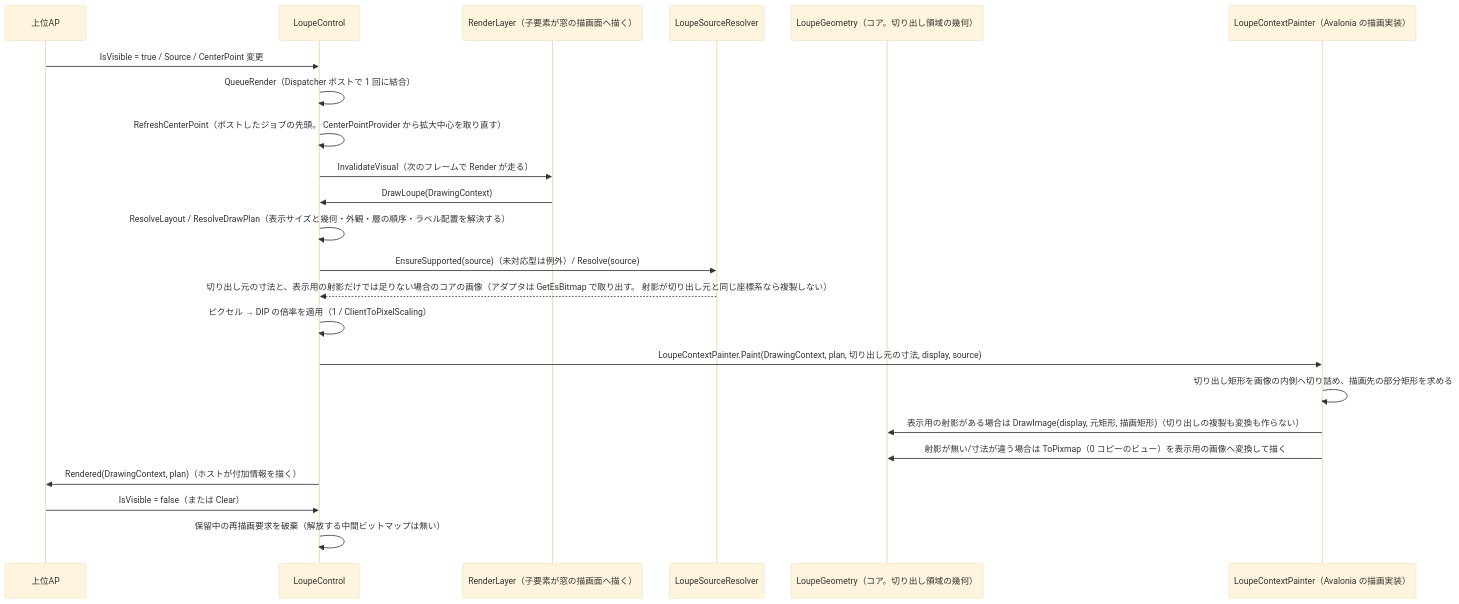
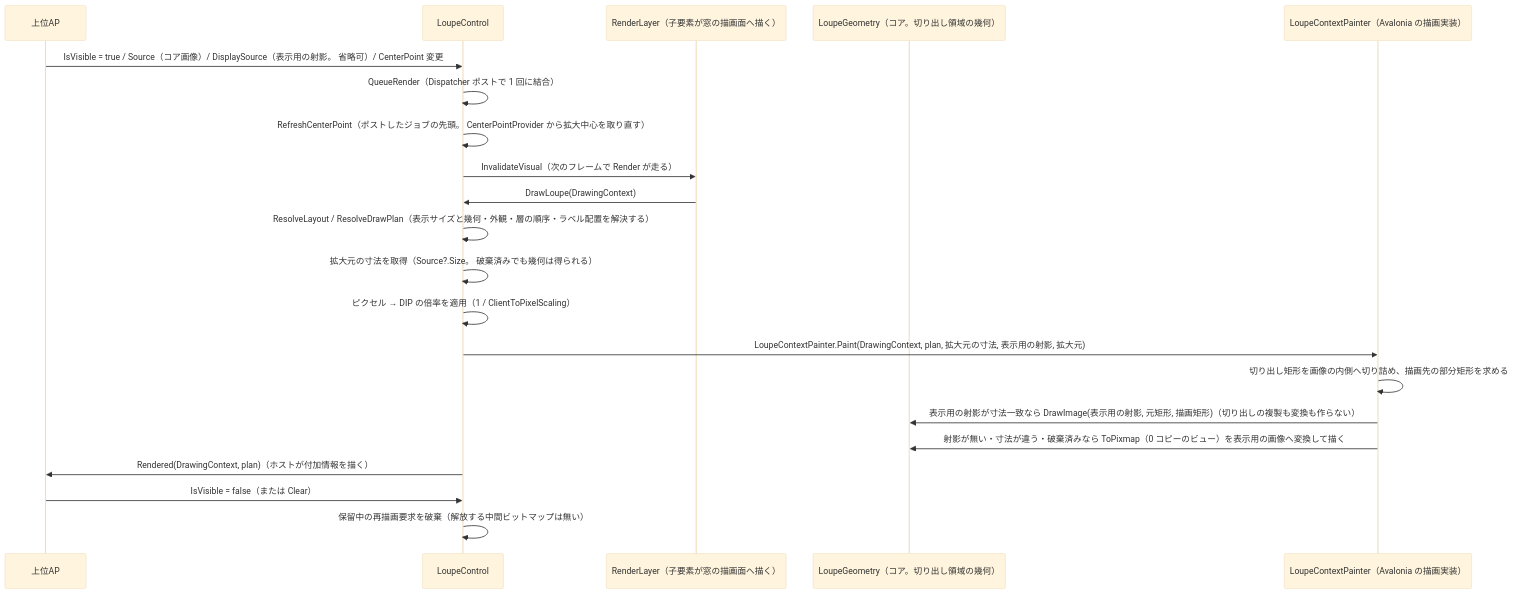
One commit to tomokuni/EsUtil changed the second of 2 diagrams in src/EsUtil.Feature.Loupe.ControlAvaloniaUI/docs/SPEC_System.md. Above: the diagram before and after it, drawn with Mermaid (base theme). The commit also changed other lines of this file and 20 other files, not shown here.

````diff
--- a/src/EsUtil.Feature.Loupe.ControlAvaloniaUI/docs/SPEC_System.md
+++ b/src/EsUtil.Feature.Loupe.ControlAvaloniaUI/docs/SPEC_System.md
@@ -239,27 +235,25 @@
 ```mermaid
 sequenceDiagram
     participant AP as 上位AP
     participant Ctl as LoupeControl
     participant Lyr as RenderLayer（子要素が窓の描画面へ描く）
-    participant Sr as LoupeSourceResolver
     participant Ext as LoupeGeometry（コア。切り出し領域の幾何）
     participant Rdr as LoupeContextPainter（Avalonia の描画実装）
 
-    AP->>Ctl: IsVisible = true / Source / CenterPoint 変更
+    AP->>Ctl: IsVisible = true / Source（コア画像）/ DisplaySource（表示用の射影。 省略可）/ CenterPoint 変更
     Ctl->>Ctl: QueueRender（Dispatcher ポストで 1 回に結合）
     Ctl->>Ctl: RefreshCenterPoint（ポストしたジョブの先頭。 CenterPointProvider から拡大中心を取り直す）
     Ctl->>Lyr: InvalidateVisual（次のフレームで Render が走る）
     Lyr->>Ctl: DrawLoupe(DrawingContext)
     Ctl->>Ctl: ResolveLayout / ResolveDrawPlan（表示サイズと幾何・外観・層の順序・ラベル配置を解決する）
-    Ctl->>Sr: EnsureSupported(source)（未対応型は例外）/ Resolve(source)
-    Sr-->>Ctl: 切り出し元の寸法と、表示用の射影だけでは足りない場合のコアの画像（アダプタは GetEsBitmap で取り出す。 射影が切り出し元と同じ座標系なら複製しない）
+    Ctl->>Ctl: 拡大元の寸法を取得（Source?.Size。 破棄済みでも幾何は得られる）
     Ctl->>Ctl: ピクセル → DIP の倍率を適用（1 / ClientToPixelScaling）
-    Ctl->>Rdr: LoupeContextPainter.Paint(DrawingContext, plan, 切り出し元の寸法, display, source)
+    Ctl->>Rdr: LoupeContextPainter.Paint(DrawingContext, plan, 拡大元の寸法, 表示用の射影, 拡大元)
     Rdr->>Rdr: 切り出し矩形を画像の内側へ切り詰め、描画先の部分矩形を求める
-    Rdr->>Ext: 表示用の射影がある場合は DrawImage(display, 元矩形, 描画矩形)（切り出しの複製も変換も作らない）
-    Rdr->>Ext: 射影が無い/寸法が違う場合は ToPixmap（0 コピーのビュー）を表示用の画像へ変換して描く
+    Rdr->>Ext: 表示用の射影が寸法一致なら DrawImage(表示用の射影, 元矩形, 描画矩形)（切り出しの複製も変換も作らない）
+    Rdr->>Ext: 射影が無い・寸法が違う・破棄済みなら ToPixmap（0 コピーのビュー）を表示用の画像へ変換して描く
     Ctl->>AP: Rendered(DrawingContext, plan)（ホストが付加情報を描く）
 
     AP->>Ctl: IsVisible = false（または Clear）
     Ctl->>Ctl: 保留中の再描画要求を破棄（解放する中間ビットマップは無い）
 ```
````
